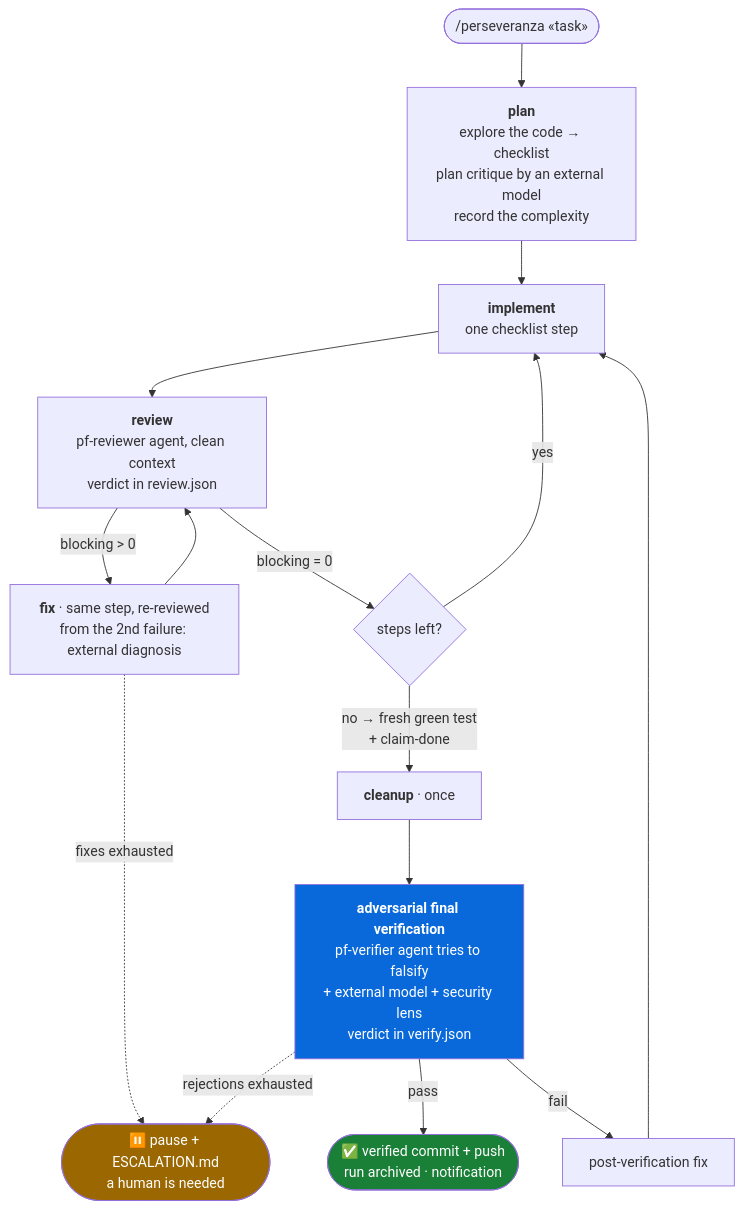
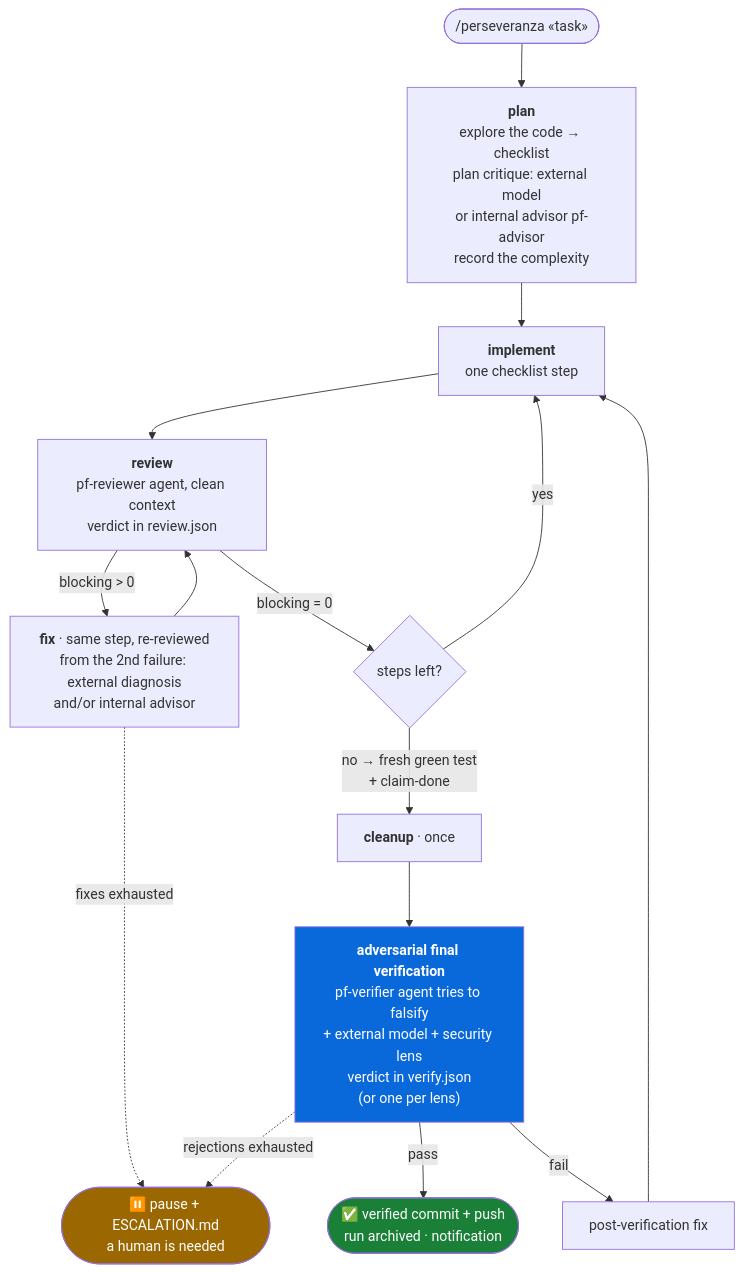
Before and after one commit to ilmondovero/perseveranza: the diagram in README.en.md, drawn with Mermaid. The commit also changed other lines of this file and 28 other files, not shown here.

````diff
--- a/README.en.md
+++ b/README.en.md
@@ -77,22 +77,22 @@
 ```mermaid
 flowchart TD
     START(["/perseveranza «task»"]) --> PLAN
-    PLAN["<b>plan</b><br/>explore the code → checklist<br/>plan critique by an external model<br/>record the complexity"] --> IMPL
+    PLAN["<b>plan</b><br/>explore the code → checklist<br/>plan critique: external model<br/>or internal advisor pf-advisor<br/>record the complexity"] --> IMPL
     IMPL["<b>implement</b><br/>one checklist step"] --> REV
     REV["<b>review</b><br/>pf-reviewer agent, clean context<br/>verdict in review.json"] -- "blocking > 0" --> FIX
-    FIX["<b>fix</b> · same step, re-reviewed<br/>from the 2nd failure: external diagnosis"] --> REV
+    FIX["<b>fix</b> · same step, re-reviewed<br/>from the 2nd failure: external diagnosis<br/>and/or internal advisor"] --> REV
     REV -- "blocking = 0" --> NEXT{"steps left?"}
     NEXT -- "yes" --> IMPL
     NEXT -- "no → fresh green test<br/>+ claim-done" --> CLEAN
     CLEAN["<b>cleanup</b> · once"] --> VERIFY
-    VERIFY["<b>adversarial final verification</b><br/>pf-verifier agent tries to falsify<br/>+ external model + security lens<br/>verdict in verify.json"] -- "pass" --> DONE
+    VERIFY["<b>adversarial final verification</b><br/>pf-verifier agent tries to falsify<br/>+ external model + security lens<br/>verdict in verify.json<br/>(or one per lens)"] -- "pass" --> DONE
     VERIFY -- "fail" --> POSTFIX["post-verification fix"] --> IMPL
     FIX -. "fixes exhausted" .-> PAUSE
     VERIFY -. "rejections exhausted" .-> PAUSE
     DONE(["✅ verified commit + push<br/>run archived · notification"])
     PAUSE(["⏸️ pause + ESCALATION.md<br/>a human is needed"])
 
     style DONE fill:#1a7f37,color:#fff
     style PAUSE fill:#9a6700,color:#fff
     style VERIFY fill:#0969da,color:#fff
 ```
````
